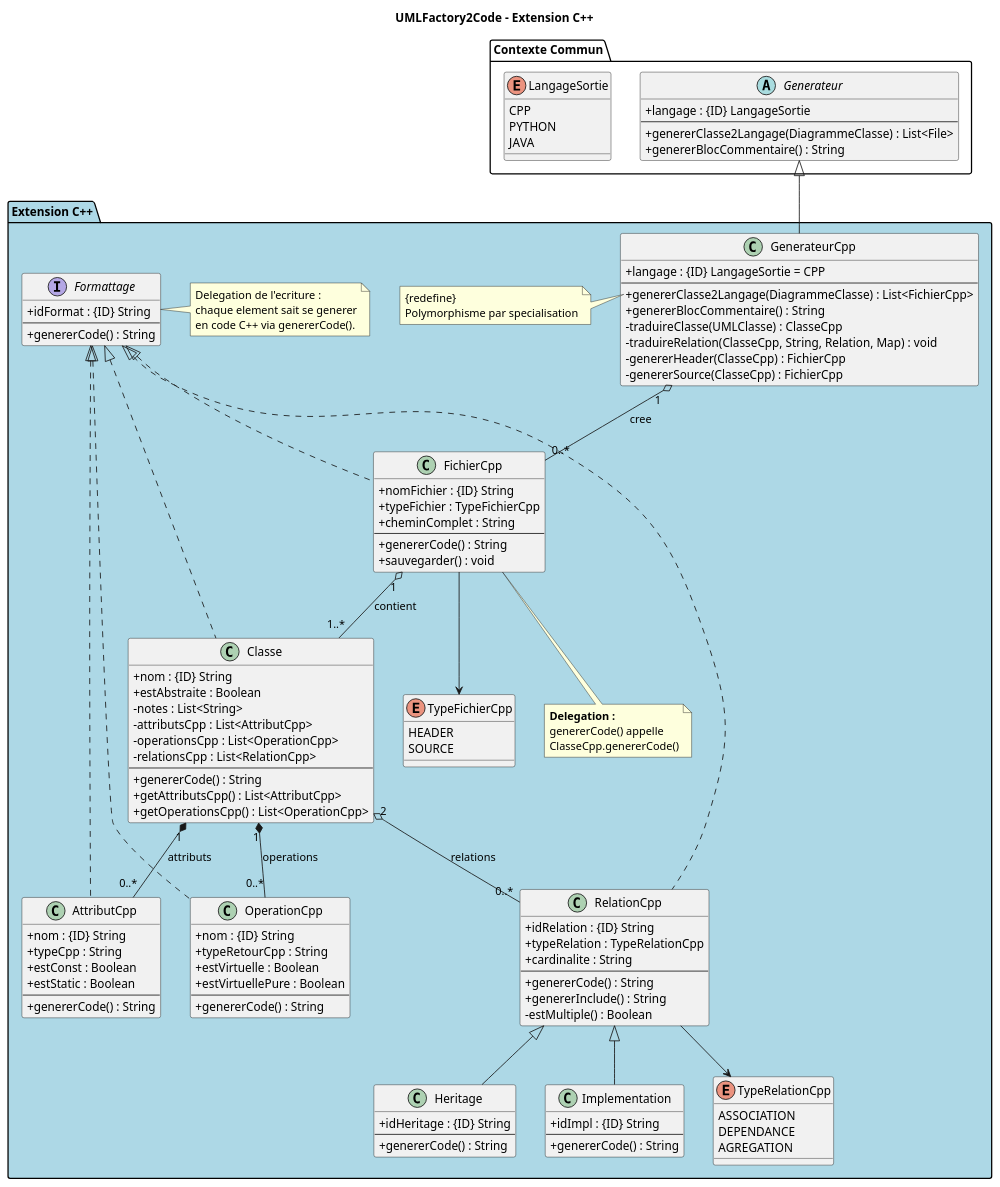
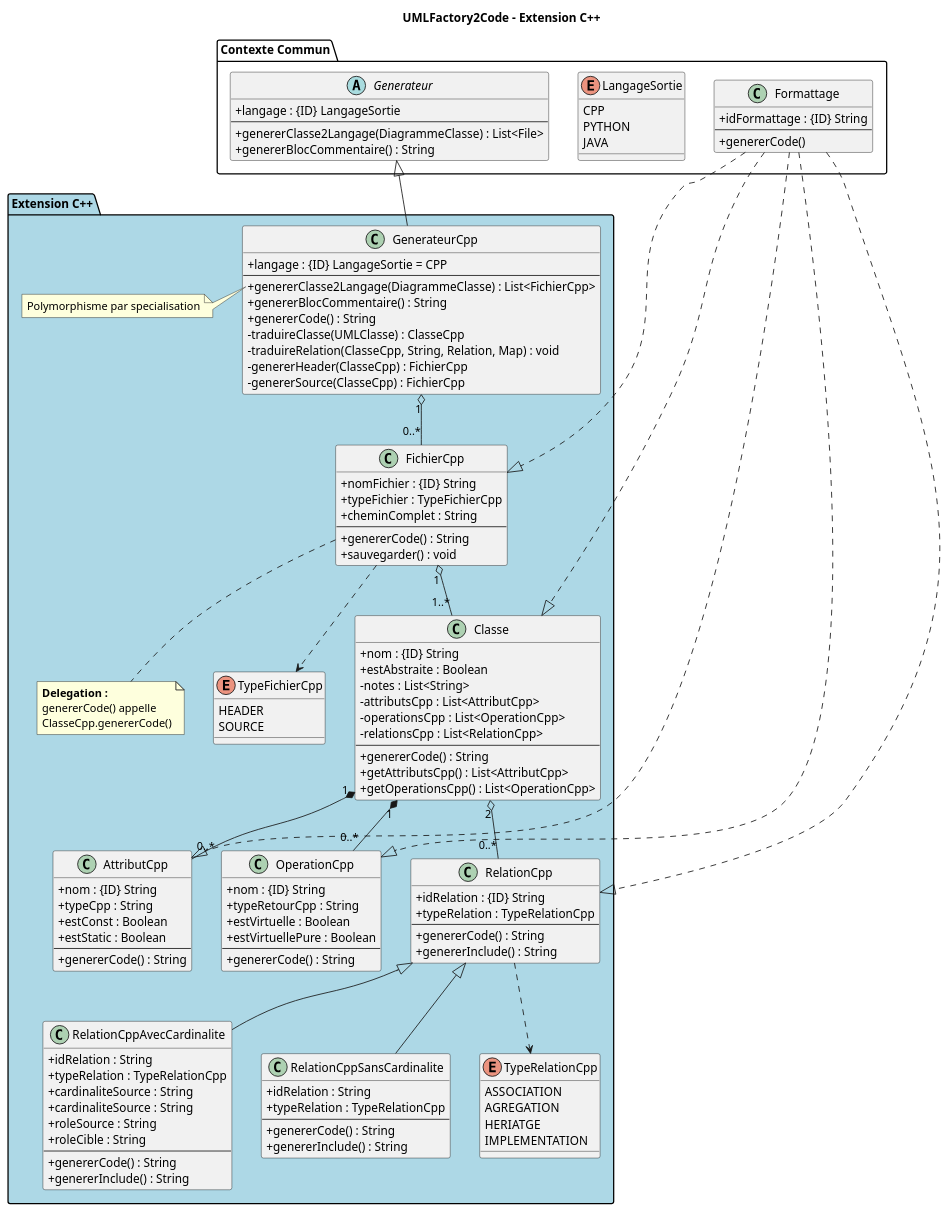
Before and after one commit to RasdaCorentin/PlantUML2Code: the diagram in doc/fichier_puml/diagramme_generateur_cpp.puml, drawn with PlantUML. The commit also changed 2 other files, not shown here.

Commit message:
Modif Diagramme de classe

```diff
--- a/doc/fichier_puml/diagramme_generateur_cpp.puml
+++ b/doc/fichier_puml/diagramme_generateur_cpp.puml
@@ -1,175 +1,173 @@
 @startuml
 title UMLFactory2Code - Extension C++
 skinparam classAttributeIconSize 0
 
 ' --- Rappel du contexte commun ---
 package "Contexte Commun" {
 
   abstract class Generateur {
     +langage : {ID} LangageSortie
     ---
     +genererClasse2Langage(DiagrammeClasse) : List<File>
     +genererBlocCommentaire() : String
   }
 
   enum LangageSortie {
     CPP
     PYTHON
     JAVA
   }
+  class Formattage {
+    +idFormattage : {ID} String
+    ---
+    +genererCode()
+  }
 }
 
 package "Extension C++" #LightBlue {
-
-  ' --- Interface Formattage ---
-  interface Formattage {
-    +idFormat : {ID} String
-    ---
-    +genererCode() : String
-  }
-
-  note right of Formattage
-    Delegation de l'ecriture :
-    chaque element sait se generer
-    en code C++ via genererCode().
-  end note
 
   ' --- GenerateurCpp ---
   class GenerateurCpp {
     +langage : {ID} LangageSortie = CPP
     ---
     +genererClasse2Langage(DiagrammeClasse) : List<FichierCpp>
     +genererBlocCommentaire() : String
+    +genererCode() : String
     -traduireClasse(UMLClasse) : ClasseCpp
     -traduireRelation(ClasseCpp, String, Relation, Map) : void
     -genererHeader(ClasseCpp) : FichierCpp
     -genererSource(ClasseCpp) : FichierCpp
   }
 
   note left of GenerateurCpp::genererClasse2Langage
-    {redefine}
     Polymorphisme par specialisation
   end note
 
   ' --- FichierCpp ---
   class FichierCpp {
     +nomFichier : {ID} String
     +typeFichier : TypeFichierCpp
     +cheminComplet : String
     ---
     +genererCode() : String
     +sauvegarder() : void
   }
 
   note bottom of FichierCpp
     <b>Delegation :</b>
     genererCode() appelle
     ClasseCpp.genererCode()
   end note
 
   ' --- ClasseCpp ---
   class "Classe" as ClasseCpp {
     +nom : {ID} String
     +estAbstraite : Boolean
     -notes : List<String>
     -attributsCpp : List<AttributCpp>
     -operationsCpp : List<OperationCpp>
     -relationsCpp : List<RelationCpp>
     ---
     +genererCode() : String
     +getAttributsCpp() : List<AttributCpp>
     +getOperationsCpp() : List<OperationCpp>
   }
 
   ' --- AttributCpp ---
   class AttributCpp {
     +nom : {ID} String
     +typeCpp : String
     +estConst : Boolean
     +estStatic : Boolean
     ---
     +genererCode() : String
   }
 
   ' --- OperationCpp ---
   class OperationCpp {
     +nom : {ID} String
     +typeRetourCpp : String
     +estVirtuelle : Boolean
     +estVirtuellePure : Boolean
     ---
     +genererCode() : String
   }
 
   ' --- RelationCpp ---
   class RelationCpp {
     +idRelation : {ID} String
     +typeRelation : TypeRelationCpp
-    +cardinalite : String
     ---
     +genererCode() : String
     +genererInclude() : String
-    -estMultiple() : Boolean
   }
 
-  ' --- Heritage ---
-  class Heritage {
-    +idHeritage : {ID} String
+  class RelationCppAvecCardinalite {
+    +idRelation : String
+    +typeRelation : TypeRelationCpp
+    +cardinaliteSource : String
+    +cardinaliteSource : String
+    +roleSource : String
+    +roleCible : String
     ---
     +genererCode() : String
+    +genererInclude() : String
   }
 
   ' --- Implementation ---
-  class Implementation {
-    +idImpl : {ID} String
+  class RelationCppSansCardinalite {
+    +idRelation : String
+    +typeRelation : TypeRelationCpp
     ---
     +genererCode() : String
+    +genererInclude() : String
   }
+
 
   ' --- Enums ---
   enum TypeFichierCpp {
     HEADER
     SOURCE
   }
 
   enum TypeRelationCpp {
     ASSOCIATION
-    DEPENDANCE
     AGREGATION
+    HERIATGE 
+    IMPLEMENTATION
   }
 
   ' ===== RELATIONS =====
 
+  Formattage ..|> ClasseCpp
+  Formattage ..|> OperationCpp
+  Formattage ..|> AttributCpp
+  Formattage ..|> RelationCpp
+  Formattage ..|> FichierCpp
   ' Heritage vers le commun
   Generateur <|-- GenerateurCpp
 
   ' Heritage local
-  RelationCpp <|-- Heritage
-  RelationCpp <|-- Implementation
+  RelationCpp <|-- RelationCppSansCardinalite
+  RelationCpp <|-- RelationCppAvecCardinalite 
 
-  ' Implementation de Formattage
-  Formattage <|.. FichierCpp
-  Formattage <|.. ClasseCpp
-  Formattage <|.. AttributCpp
-  Formattage <|.. OperationCpp
-  Formattage <|.. RelationCpp
 
   ' Agregation : le generateur cree des fichiers
-  GenerateurCpp "1" o-- "0..*" FichierCpp : "cree"
+  GenerateurCpp "1" o-- "0..*" FichierCpp 
 
   ' Agregation : un fichier contient des classes
-  FichierCpp "1" o-- "1..*" ClasseCpp : "contient"
+  FichierCpp "1" o-- "1..*" ClasseCpp 
 
   ' Composition : une classe possede ses attributs et operations
-  ClasseCpp "1" *-- "0..*" AttributCpp : "attributs"
-  ClasseCpp "1" *-- "0..*" OperationCpp : "operations"
+  ClasseCpp "1" *-- "0..*" AttributCpp
+  ClasseCpp "1" *-- "0..*" OperationCpp 
 
   ' Agregation : une relation lie 2 classes
-  ClasseCpp "2" o-- "0..*" RelationCpp : "relations"
+  ClasseCpp "2" o-- "0..*" RelationCpp 
 
   ' Associations vers enums
-  FichierCpp --> TypeFichierCpp
-  RelationCpp --> TypeRelationCpp
+  FichierCpp ..> TypeFichierCpp
+  RelationCpp ..> TypeRelationCpp
 }
 
 @enduml
```
